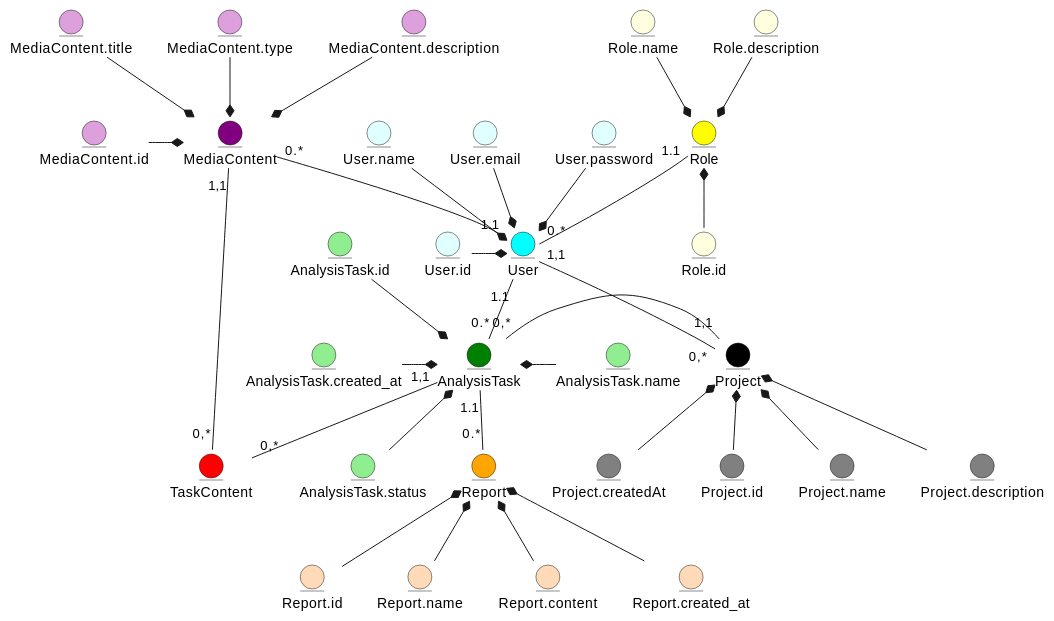
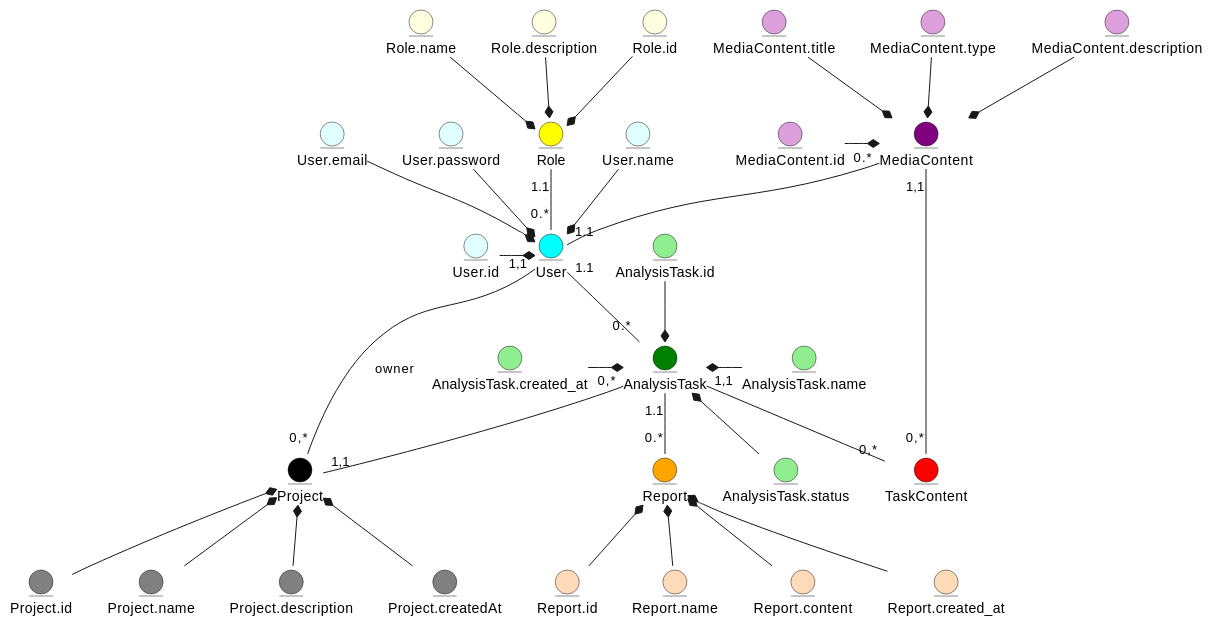
One commit to zhkcll/lab6 changed the diagram in docs/design.md. Above: the diagram before and after it, drawn with PlantUML.

````diff
--- a/docs/design.md
+++ b/docs/design.md
@@ -5,80 +5,81 @@
 ```plantuml
 @startuml
 
 entity User #cyan
 entity User.id #lightCyan
 entity User.name #lightCyan
 entity User.email #lightCyan
 entity User.password #lightCyan
 
 User.id -r-* User
 User.name --* User
 User.email --* User
 User.password --* User
 
 entity Role #yellow
 entity Role.name #lightYellow
 entity Role.description #lightYellow
 entity Role.id #lightYellow
 
 Role.name --* Role
 Role.description --* Role
-Role.id -u-* Role
+Role.id --* Role
 
 entity MediaContent #purple
 entity MediaContent.id #plum
 entity MediaContent.title #plum
 entity MediaContent.type #plum
 entity MediaContent.description #plum
 
 MediaContent.id -r-* MediaContent
 MediaContent.title --* MediaContent
 MediaContent.type --* MediaContent
 MediaContent.description --* MediaContent
 
 entity AnalysisTask #green
 entity AnalysisTask.id #lightGreen
 entity AnalysisTask.name #lightGreen
 entity AnalysisTask.status #lightGreen
 entity AnalysisTask.created_at #lightGreen
 
 AnalysisTask.id --* AnalysisTask
 AnalysisTask.name -l-* AnalysisTask
 AnalysisTask.status -u-* AnalysisTask
 AnalysisTask.created_at -r-* AnalysisTask
 
 entity Report #orange
 entity Report.id #peachPuff
 entity Report.name #peachPuff
 entity Report.content #peachPuff
 entity Report.created_at #peachPuff
 
 Report.id -u-* Report
 Report.name -u-* Report
 Report.content -u-* Report
 Report.created_at -u-* Report
 
 User "0.*" -u- "1.1" Role
 User "1.1" -- "0.*" AnalysisTask
 MediaContent "0.*" -- "1.1" User
 AnalysisTask "1.1" -- "0.*" Report
 
 entity Project #black
 entity Project.id #gray
 entity Project.name #gray
 entity Project.description #gray
 entity Project.createdAt #gray
 
 Project.id -u-* Project
 Project.name -u-* Project
 Project.description -u-* Project
 Project.createdAt -u-* Project
 
 entity TaskContent #red
-User "1,1" -- "0,*" Project
+User "1,1" -- "0,*" Project : owner
 MediaContent "1,1" -- "0,*" TaskContent
 AnalysisTask "1,1" -- "0,*" TaskContent
-AnalysisTask "0,*" - "1,1" Project
+
+AnalysisTask "0,*" -- "1,1" Project
 
 @enduml
 ```
````
